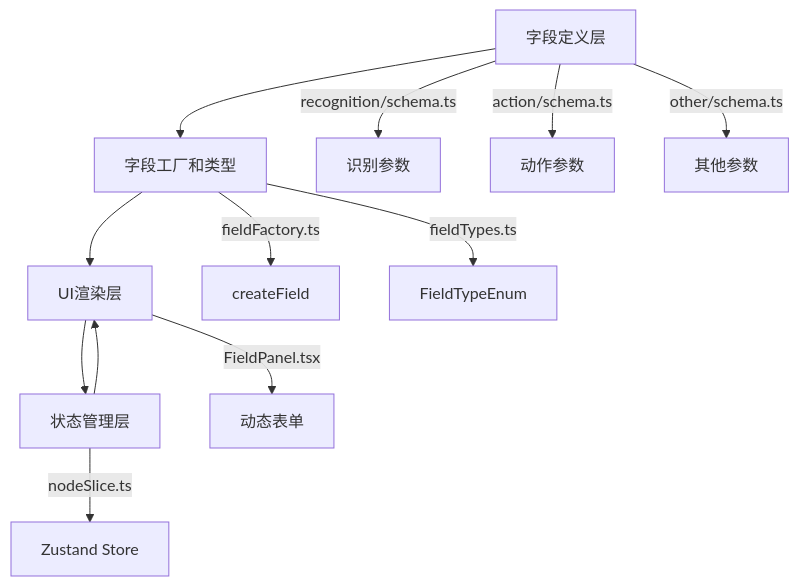
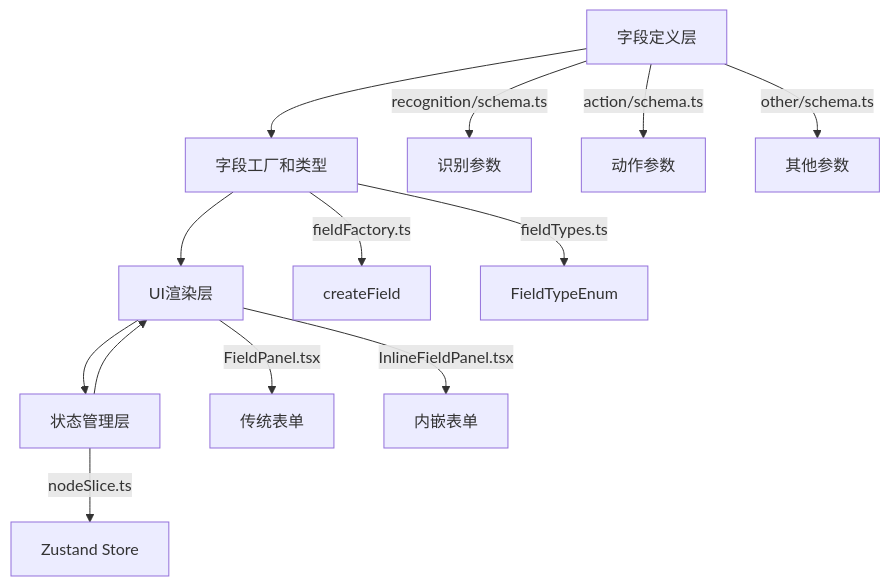
The second of 7 diagrams in .qoder/repowiki/zh/content/核心概念/字段面板.md (kqcoxn/MaaPipelineEditor), drawn with Mermaid before and after one commit. The commit also changed other lines of this file and 5 other files, not shown here.

````diff
--- a/.qoder/repowiki/zh/content/核心概念/字段面板.md
+++ b/.qoder/repowiki/zh/content/核心概念/字段面板.md
@@ -103,14 +124,15 @@
 ```mermaid
 graph TD
 A[字段定义层] --> B[字段工厂和类型]
 B --> C[UI渲染层]
 C --> D[状态管理层]
 D --> C
 A --> |recognition/schema.ts| A1[识别参数]
 A --> |action/schema.ts| A2[动作参数]
 A --> |other/schema.ts| A3[其他参数]
 B --> |fieldFactory.ts| B1[createField]
 B --> |fieldTypes.ts| B2[FieldTypeEnum]
-C --> |FieldPanel.tsx| C1[动态表单]
+C --> |FieldPanel.tsx| C1[传统表单]
+C --> |InlineFieldPanel.tsx| C2[内嵌表单]
 D --> |nodeSlice.ts| D1[Zustand Store]
 ```
````
